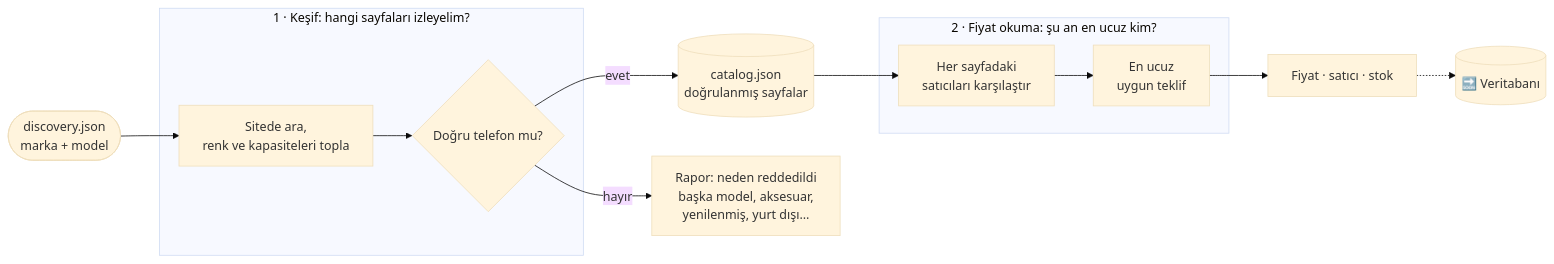
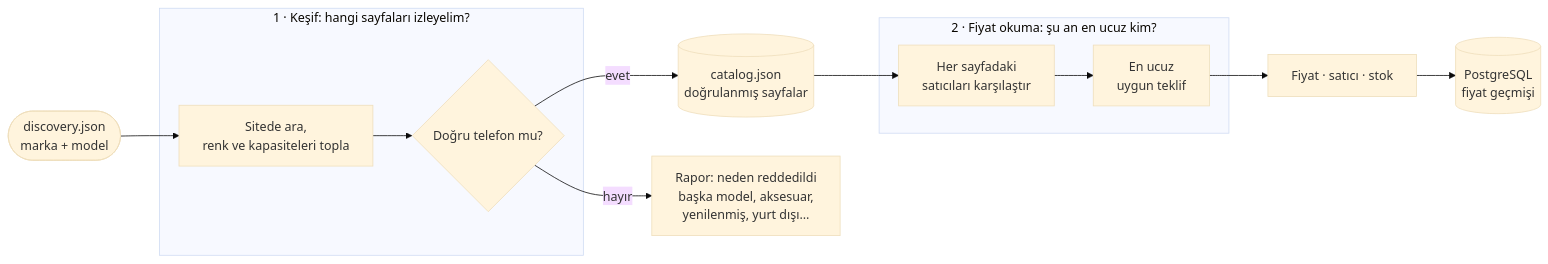
One commit to Emir-Ars/Urun-indirim-takip changed the second of 4 diagrams in README.md. Above: the diagram before and after it, drawn with Mermaid (base theme). The commit also changed other lines of this file and 20 other files, not shown here.

````diff
--- a/README.md
+++ b/README.md
@@ -36,15 +36,15 @@
 ```mermaid
 flowchart LR
     U(["discovery.json<br/>marka + model"]) --> K
     subgraph S1["1 · Keşif: hangi sayfaları izleyelim?"]
         K["Sitede ara,<br/>renk ve kapasiteleri topla"] --> V{"Doğru telefon mu?"}
     end
     V -- evet --> C[("catalog.json<br/>doğrulanmış sayfalar")]
     V -- "hayır" --> R["Rapor: neden reddedildi<br/>başka model, aksesuar,<br/>yenilenmiş, yurt dışı…"]
     C --> P
     subgraph S2["2 · Fiyat okuma: şu an en ucuz kim?"]
         P["Her sayfadaki<br/>satıcıları karşılaştır"] --> E["En ucuz<br/>uygun teklif"]
     end
     E --> O["Fiyat · satıcı · stok"]
-    O -.-> DB[("🔜 Veritabanı")]
+    O --> DB[("PostgreSQL<br/>fiyat geçmişi")]
 ```
````
